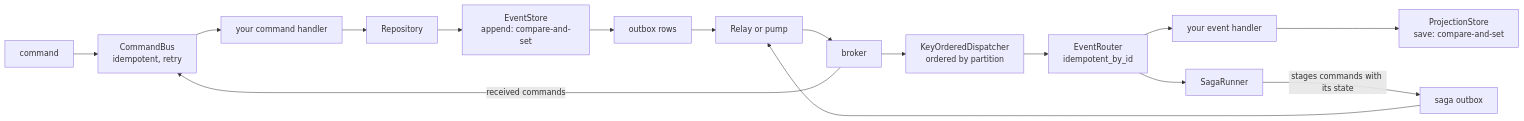
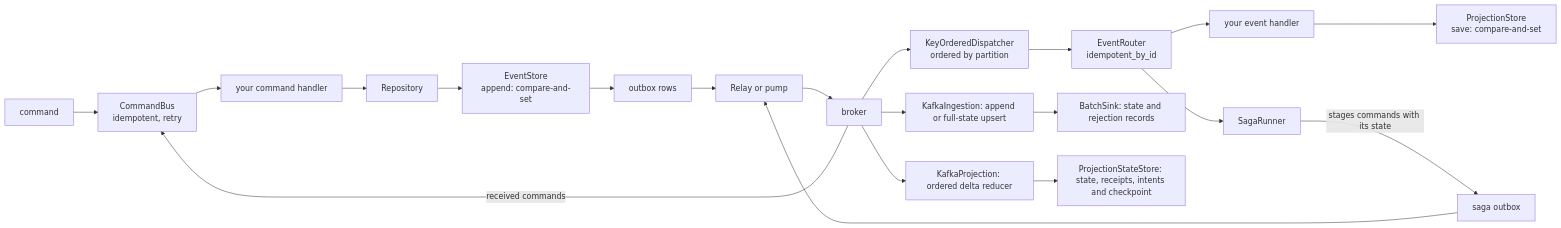
The first of 2 diagrams in docs/sdk/README.md (haskian/edax), drawn with Mermaid before and after one commit. The commit also changed other lines of this file and 136 other files, not shown here.

First line of the commit message:
feat: add Kafka microbatch ingestion and projection processing

````diff
--- a/docs/sdk/README.md
+++ b/docs/sdk/README.md
@@ -14,18 +15,22 @@
 ```mermaid
 flowchart LR
     CMD["command"] --> BUS["CommandBus<br/>idempotent, retry"]
     BUS --> H["your command handler"]
     H --> REPO["Repository"]
     REPO --> ES["EventStore<br/>append: compare-and-set"]
     ES --> OB["outbox rows"]
     OB --> REL["Relay or pump"]
     REL --> BR["broker"]
     BR --> DISP["KeyOrderedDispatcher<br/>ordered by partition"]
     DISP --> RT["EventRouter<br/>idempotent_by_id"]
     RT --> EH["your event handler"]
     EH --> PS["ProjectionStore<br/>save: compare-and-set"]
+    BR --> ING["KafkaIngestion: append or full-state upsert"]
+    ING --> BS["BatchSink: state and rejection records"]
+    BR --> KP["KafkaProjection: ordered delta reducer"]
+    KP --> FS["ProjectionStateStore: state, receipts, intents and checkpoint"]
     RT --> SAGA["SagaRunner"]
     SAGA -->|"stages commands with its state"| SO["saga outbox"]
     SO --> REL
     BR -->|"received commands"| BUS
 ```
````
